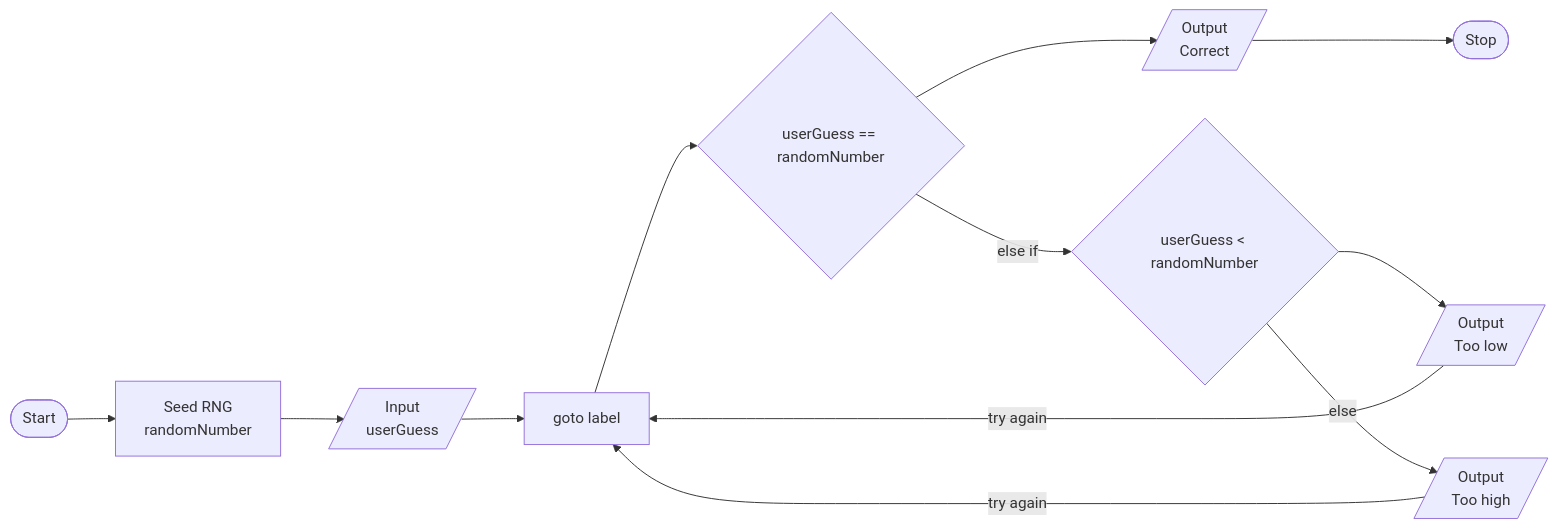
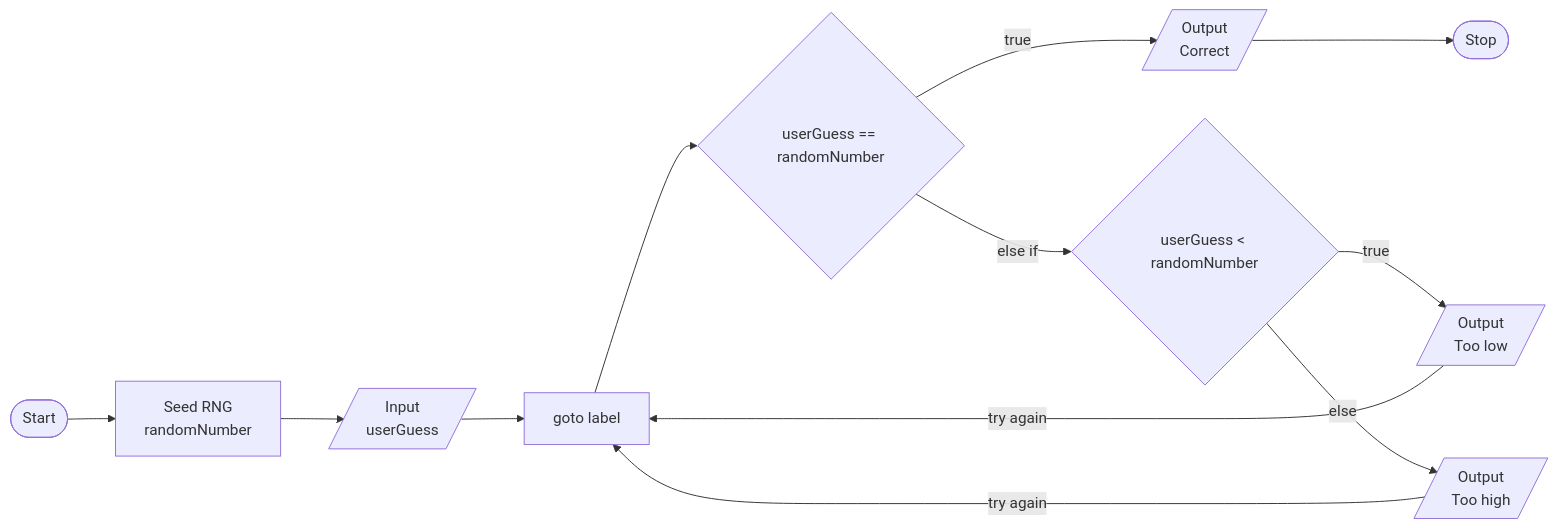
Before and after one commit to Tehgonk/Week-2: the diagram in Exercise 3/README.md, drawn with Mermaid.

````diff
--- a/Exercise 3/README.md
+++ b/Exercise 3/README.md
@@ -16,25 +16,25 @@
 ```mermaid
 flowchart LR
 STR([Start])
 SEED[Seed RNG<br>randomNumber]
 IN[/Input<br>userGuess/]
 GO[goto label]
 IF1{userGuess == randomNumber}
 IF2{userGuess < randomNumber}
 OUT1[/Output<br>Correct/]
 OUT2[/Output<br>Too low/]
 OUT3[/Output<br>Too high/]
 STP([Stop])
 
 STR --> SEED
 SEED --> IN
 IN --> GO
 GO --> IF1
-IF1 --> OUT1
+IF1 -->|true| OUT1
 IF1 -->|else if| IF2
-IF2 --> OUT2
+IF2 -->|true| OUT2
 OUT2 -->|try again| GO
 IF2 -->|else| OUT3
 OUT3 -->|try again| GO
 OUT1 --> STP
 ```
````
